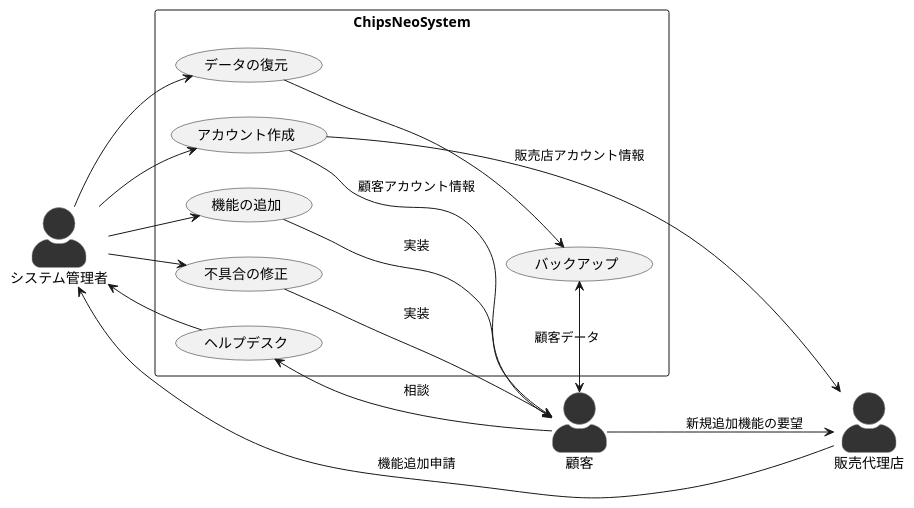
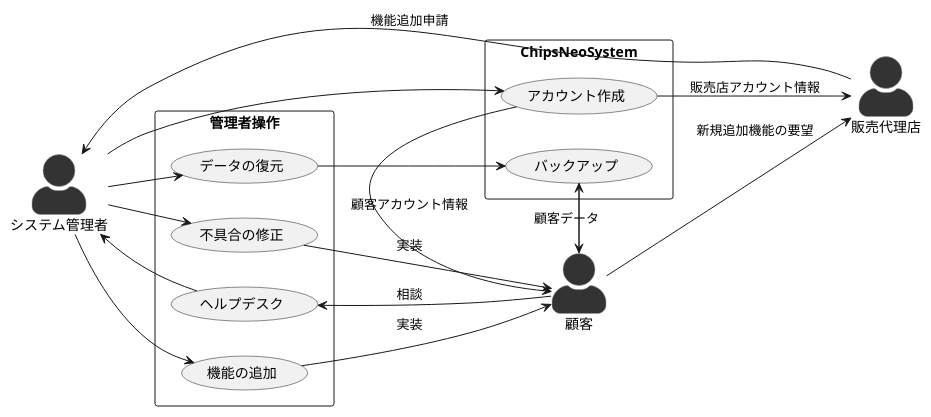
The diagram in usecase/admin.pu (IsseiClockWise/NeoMaterials), drawn with PlantUML before and after one commit. The commit also changed 4 other files, not shown here.

```diff
--- a/usecase/admin.pu
+++ b/usecase/admin.pu
@@ -1,40 +1,43 @@
 @startuml システム管理者
 
 left to right direction
 skinparam actorStyle awesome
 skinparam actor {
     BackgroundColor #333333
     BorderColor #999999
 }
 actor システム管理者 as admin
 actor 販売代理店 as sales_agent
 actor 顧客 as client
 
 rectangle ChipsNeoSystem {
+    usecase "バックアップ" as backup
     usecase "アカウント作成" as create
+}
+
+rectangle 管理者操作 {
     usecase "機能の追加" as add_feature
-    usecase "バックアップ" as backup
     usecase "ヘルプデスク" as help_desk
     usecase "不具合の修正" as fix
     usecase "データの復元" as resque
 }
 
 admin --> create
 create --> sales_agent :販売店アカウント情報
 create --> client :顧客アカウント情報
 
 client --> backup :顧客データ
 admin --> resque
 resque --> backup
 backup --> client
 
 client --> sales_agent :新規追加機能の要望
 sales_agent -up-> admin :機能追加申請
 admin --> add_feature
 add_feature --> client :実装
 
 client --> help_desk :相談
 help_desk --> admin
 admin --> fix
 fix --> client :実装
 @enduml
```
